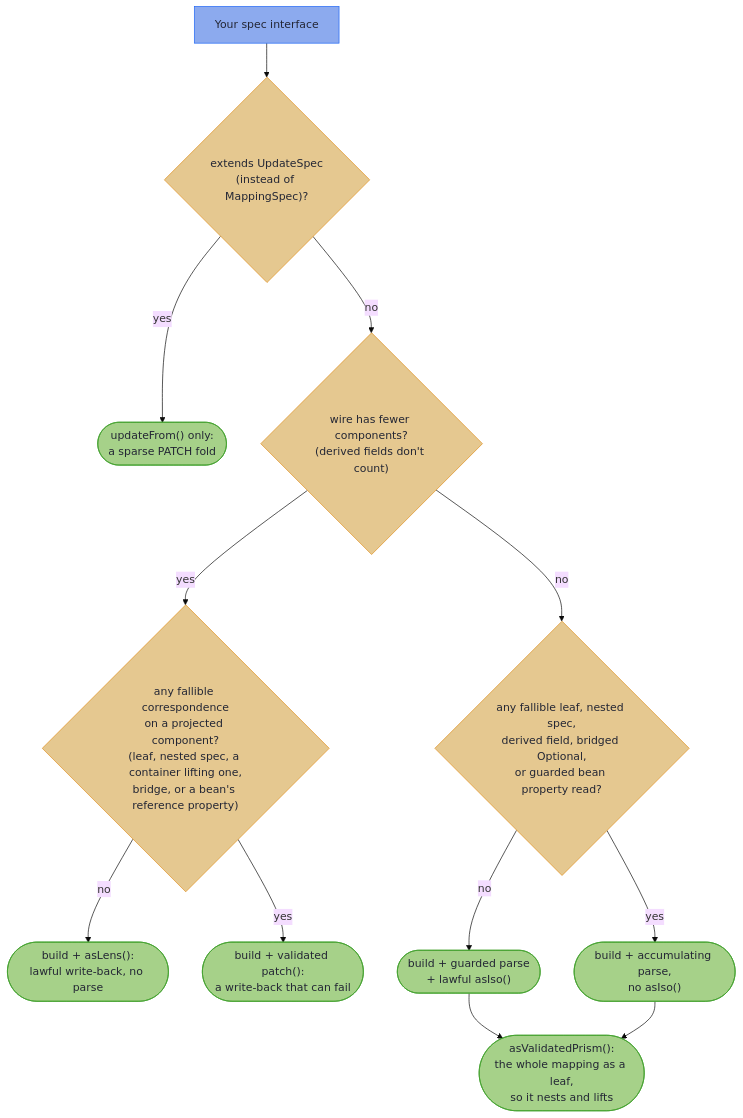
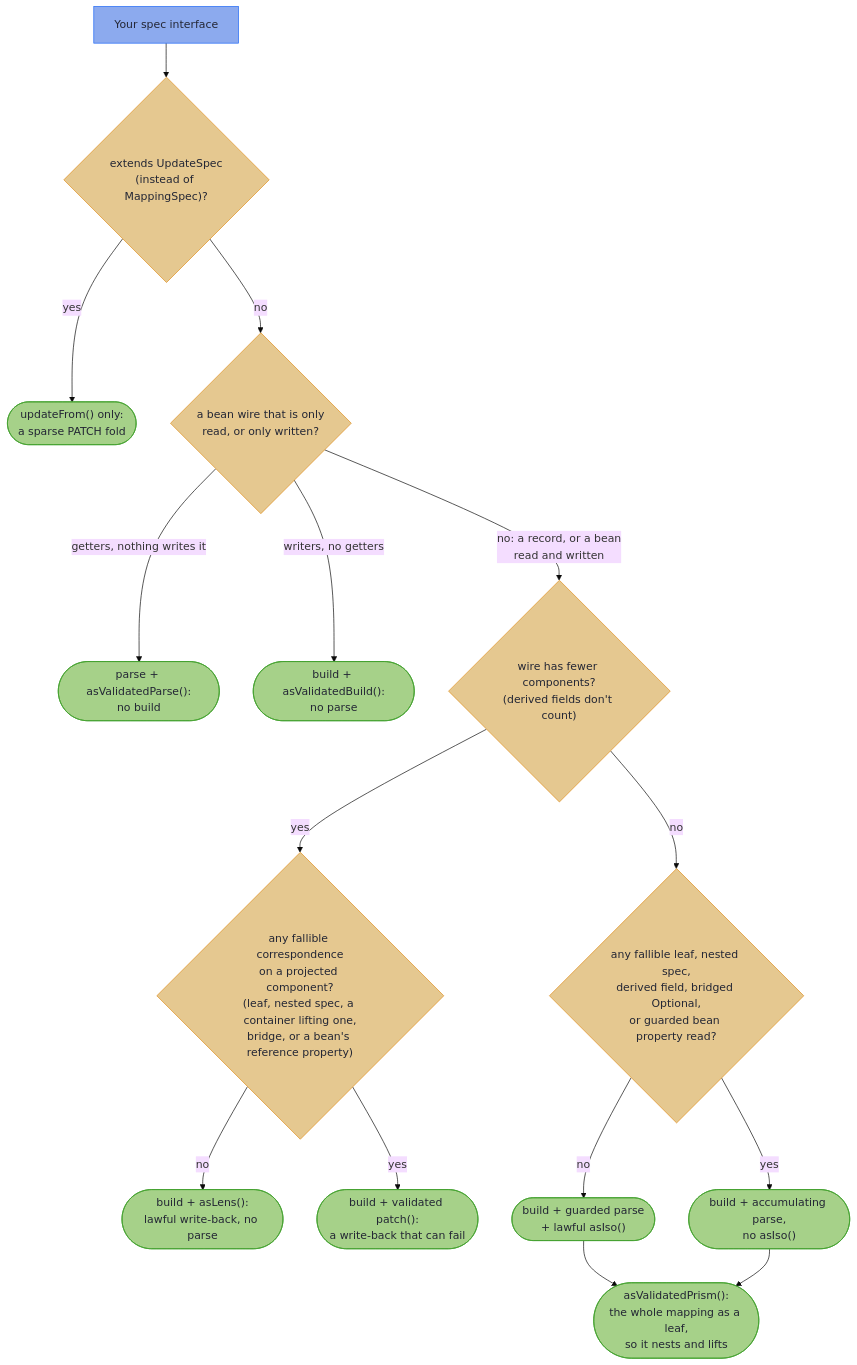
One commit to higher-kinded-j/higher-kinded-j changed the diagram in hkj-book/src/mapping/tiers.md. Above: the diagram before and after it, drawn with Mermaid (base theme). The commit also changed other lines of this file and 38 other files, not shown here.

````diff
--- a/hkj-book/src/mapping/tiers.md
+++ b/hkj-book/src/mapping/tiers.md
@@ -20,21 +20,24 @@
 ```mermaid
 flowchart TD
     S["Your spec interface"] --> U{"extends UpdateSpec<br/>(instead of MappingSpec)?"}
     U -->|yes| UT(["updateFrom() only:<br/>a sparse PATCH fold"])
-    U -->|no| W{"wire has fewer components?<br/>(derived fields don't count)"}
+    U -->|no| B{"a bean wire that is only<br/>read, or only written?"}
+    B -->|"getters, nothing writes it"| PO(["parse + asValidatedParse():<br/>no build"])
+    B -->|"writers, no getters"| BO(["build + asValidatedBuild():<br/>no parse"])
+    B -->|"no: a record, or a bean<br/>read and written"| W{"wire has fewer components?<br/>(derived fields don't count)"}
     W -->|yes| F{"any fallible correspondence<br/>on a projected component?<br/>(leaf, nested spec, a container lifting one,<br/>bridge, or a bean's reference property)"}
     F -->|no| LT(["build + asLens():<br/>lawful write-back, no parse"])
     F -->|yes| PT(["build + validated patch():<br/>a write-back that can fail"])
     W -->|no| D{"any fallible leaf, nested spec,<br/>derived field, bridged Optional,<br/>or guarded bean property read?"}
     D -->|no| IT(["build + guarded parse<br/>+ lawful asIso()"])
     D -->|yes| VT(["build + accumulating parse,<br/>no asIso()"])
     IT --> VP(["asValidatedPrism():<br/>the whole mapping as a leaf,<br/>so it nests and lifts"])
     VT --> VP
 
     classDef wire fill:#8caaee,stroke:#1e66f5,color:#232634
     classDef tier fill:#a6d189,stroke:#40a02b,color:#232634
     classDef decision fill:#e5c890,stroke:#df8e1d,color:#232634
     class S wire
-    class UT,LT,PT,IT,VT,VP tier
-    class U,W,F,D decision
+    class UT,PO,BO,LT,PT,IT,VT,VP tier
+    class U,B,W,F,D decision
 ```
````
